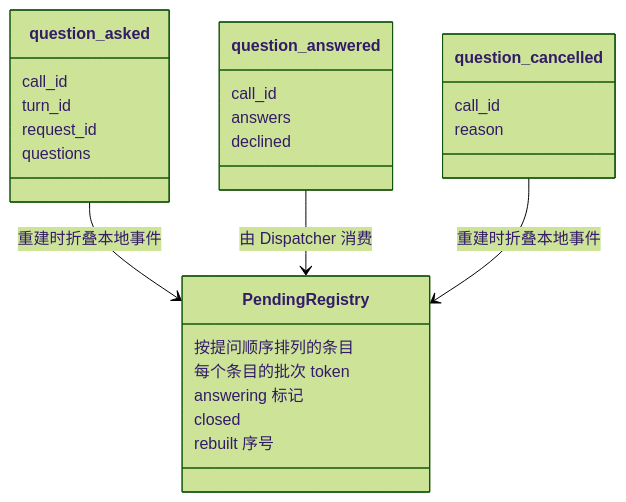
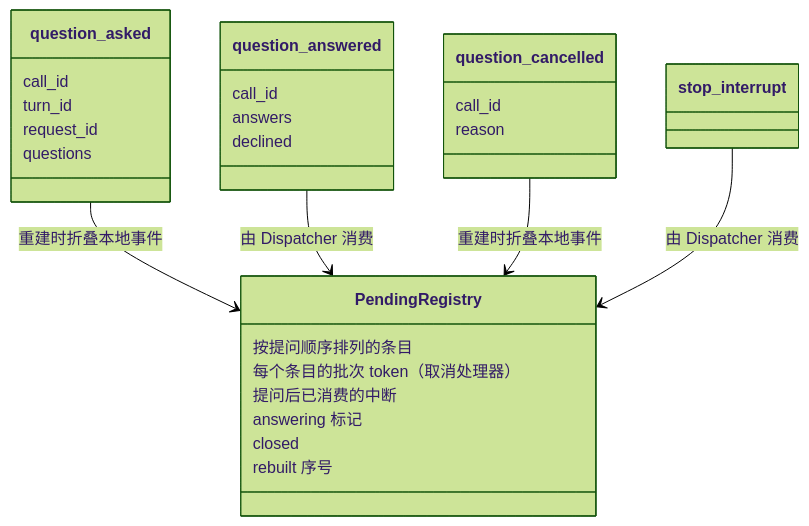
The second of 6 diagrams in docs/zh/design/plugins/Questions.md (CoutinhoTTS/dim-agent), drawn with Mermaid (forest theme) before and after one commit. The commit also changed other lines of this file and 42 other files, not shown here.

````diff
--- a/docs/zh/design/plugins/Questions.md
+++ b/docs/zh/design/plugins/Questions.md
@@ -49,28 +49,30 @@
 ```mermaid
 classDiagram
   class question_asked {
     call_id
     turn_id
     request_id
     questions
   }
   class question_answered {
     call_id
     answers
     declined
   }
   class question_cancelled {
     call_id
     reason
   }
   class PendingRegistry {
     按提问顺序排列的条目
-    每个条目的批次 token
+    每个条目的批次 token（取消处理器）
+    提问后已消费的中断
     answering 标记
     closed
     rebuilt 序号
   }
   question_asked --> PendingRegistry : 重建时折叠本地事件
   question_answered --> PendingRegistry : 由 Dispatcher 消费
   question_cancelled --> PendingRegistry : 重建时折叠本地事件
+  stop_interrupt --> PendingRegistry : 由 Dispatcher 消费
 ```
````
